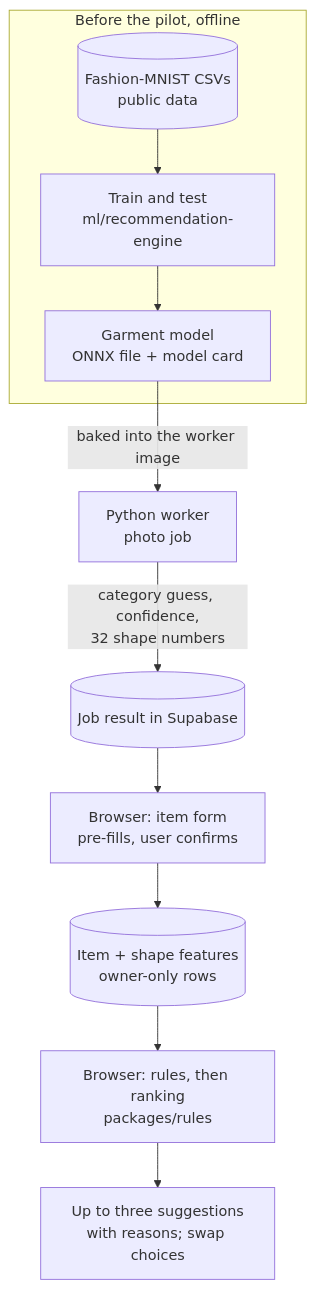
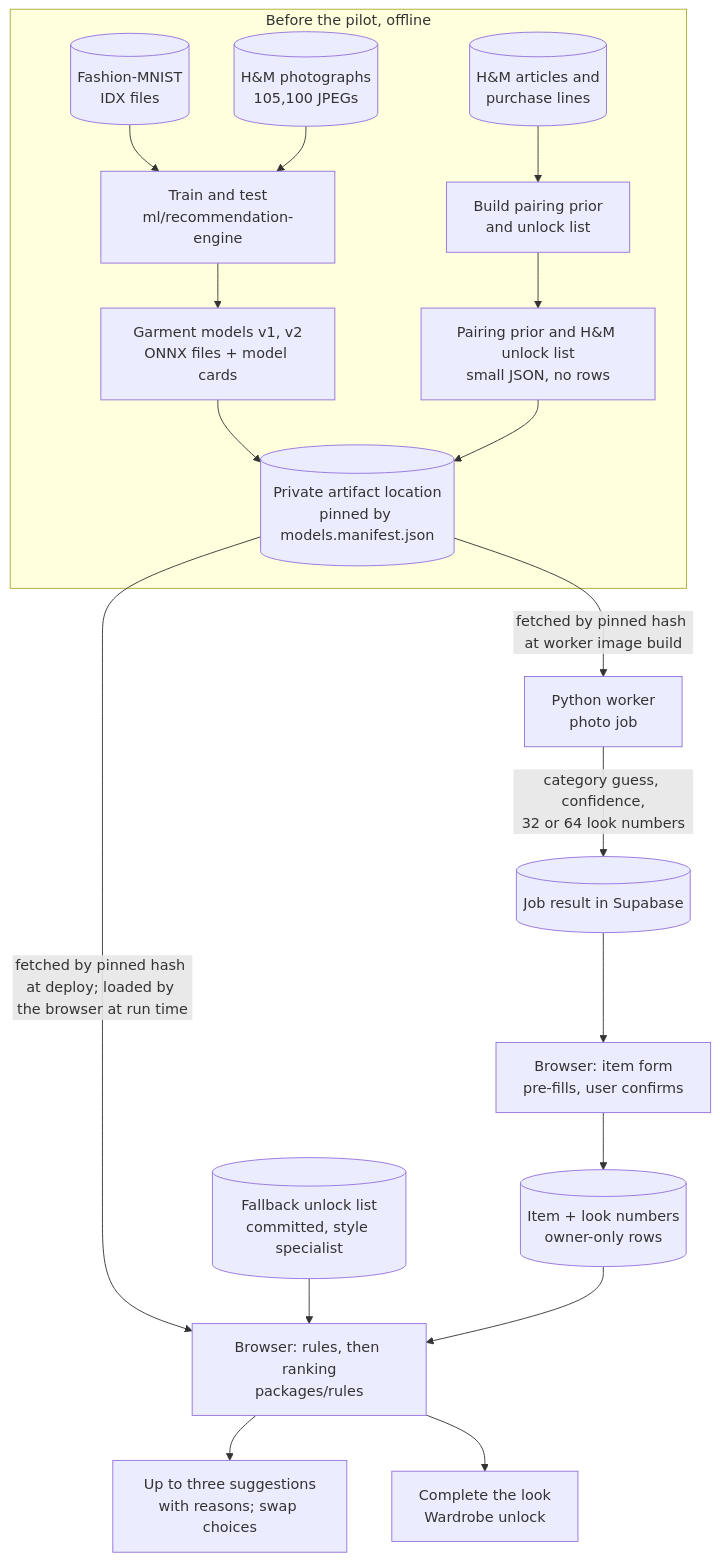
Before and after one commit to ambarishsengupta/sparta: the fourth of 5 diagrams in docs/HLD.md, drawn with Mermaid. The commit also changed other lines of this file and 10 other files, not shown here.

First line of the commit message:
Use Fashion-MNIST and H&M images in the recommendation engine design

````diff
--- a/docs/HLD.md
+++ b/docs/HLD.md
@@ -155,13 +155,21 @@
 ```mermaid
 flowchart TD
   subgraph OFF["Before the pilot, offline"]
-    F[(Fashion-MNIST CSVs<br/>public data)] --> T[Train and test<br/>ml/recommendation-engine]
-    T --> M[Garment model<br/>ONNX file + model card]
+    F[(Fashion-MNIST<br/>IDX files)] --> T[Train and test<br/>ml/recommendation-engine]
+    H1[(H&M photographs<br/>105,100 JPEGs)] --> T
+    H2[(H&M articles and<br/>purchase lines)] --> Q[Build pairing prior<br/>and unlock list]
+    T --> M[Garment models v1, v2<br/>ONNX files + model cards]
+    Q --> D[Pairing prior and H&M unlock list<br/>small JSON, no rows]
+    M --> A[(Private artifact location<br/>pinned by models.manifest.json)]
+    D --> A
   end
-  M -->|baked into the worker image| P[Python worker<br/>photo job]
-  P -->|category guess, confidence,<br/>32 shape numbers| J[(Job result in Supabase)]
+  A -->|fetched by pinned hash at worker image build| P[Python worker<br/>photo job]
+  P -->|category guess, confidence,<br/>32 or 64 look numbers| J[(Job result in Supabase)]
   J --> B[Browser: item form<br/>pre-fills, user confirms]
-  B --> I[(Item + shape features<br/>owner-only rows)]
+  B --> I[(Item + look numbers<br/>owner-only rows)]
+  A -->|fetched by pinned hash at deploy; loaded by the browser at run time| R
+  FB[(Fallback unlock list<br/>committed, style specialist)] --> R
   I --> R[Browser: rules, then ranking<br/>packages/rules]
   R --> S[Up to three suggestions<br/>with reasons; swap choices]
+  R --> C[Complete the look<br/>Wardrobe unlock]
 ```
````
